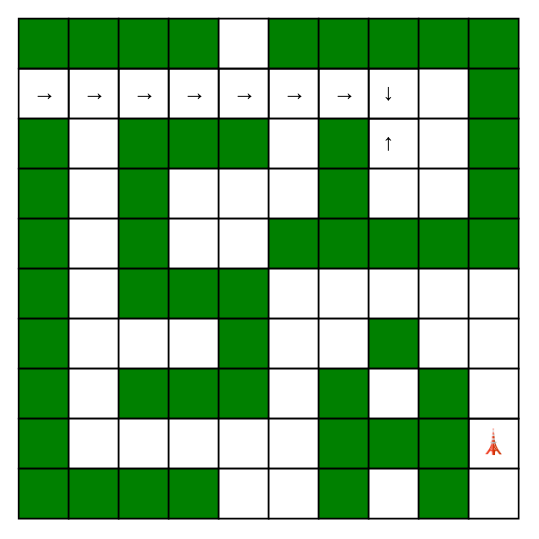
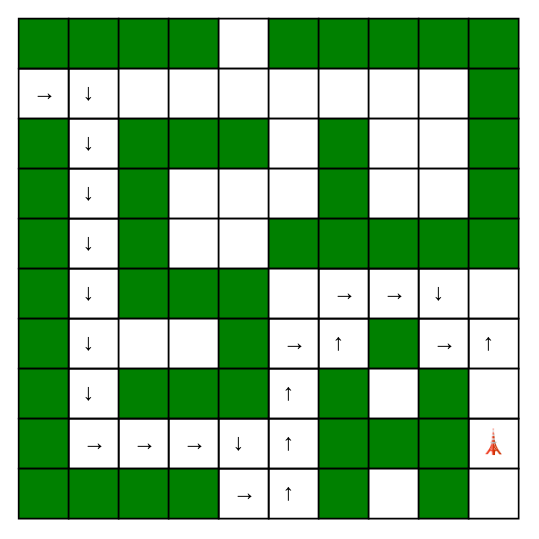
The diagram in tut/week10/images/HtmlMaze_0052.dot (Changyue-Tan/COMP9024), drawn with Graphviz before and after one commit. The commit also changed 342 other files, not shown here.

```diff
--- a/tut/week10/images/HtmlMaze_0052.dot
+++ b/tut/week10/images/HtmlMaze_0052.dot
@@ -1,126 +1,126 @@
 digraph maze { 
 Maze [shape=none, margin=0, label=< 
 <table border="0" cellborder="1" cellspacing="0" cellpadding="0"> 
 <tr> 
 <td width="30" height="30" bgcolor="green"></td> 
 <td width="30" height="30" bgcolor="green"></td> 
 <td width="30" height="30" bgcolor="green"></td> 
 <td width="30" height="30" bgcolor="green"></td> 
 <td width="30" height="30" bgcolor="white"></td> 
 <td width="30" height="30" bgcolor="green"></td> 
 <td width="30" height="30" bgcolor="green"></td> 
 <td width="30" height="30" bgcolor="green"></td> 
 <td width="30" height="30" bgcolor="green"></td> 
 <td width="30" height="30" bgcolor="green"></td> 
 </tr> 
 <tr> 
 <td width="30" height="30">&#x2192;</td> 
-<td width="30" height="30">&#x2192;</td> 
-<td width="30" height="30">&#x2192;</td> 
-<td width="30" height="30">&#x2192;</td> 
-<td width="30" height="30">&#x2192;</td> 
-<td width="30" height="30">&#x2192;</td> 
-<td width="30" height="30">&#x2192;</td> 
 <td width="30" height="30">&#x2193;</td> 
+<td width="30" height="30" bgcolor="white"></td> 
+<td width="30" height="30" bgcolor="white"></td> 
+<td width="30" height="30" bgcolor="white"></td> 
+<td width="30" height="30" bgcolor="white"></td> 
+<td width="30" height="30" bgcolor="white"></td> 
+<td width="30" height="30" bgcolor="white"></td> 
 <td width="30" height="30" bgcolor="white"></td> 
 <td width="30" height="30" bgcolor="green"></td> 
 </tr> 
 <tr> 
 <td width="30" height="30" bgcolor="green"></td> 
-<td width="30" height="30" bgcolor="white"></td> 
+<td width="30" height="30">&#x2193;</td> 
 <td width="30" height="30" bgcolor="green"></td> 
 <td width="30" height="30" bgcolor="green"></td> 
 <td width="30" height="30" bgcolor="green"></td> 
 <td width="30" height="30" bgcolor="white"></td> 
 <td width="30" height="30" bgcolor="green"></td> 
-<td width="30" height="30">&#x2191;</td> 
+<td width="30" height="30" bgcolor="white"></td> 
 <td width="30" height="30" bgcolor="white"></td> 
 <td width="30" height="30" bgcolor="green"></td> 
 </tr> 
 <tr> 
 <td width="30" height="30" bgcolor="green"></td> 
-<td width="30" height="30" bgcolor="white"></td> 
+<td width="30" height="30">&#x2193;</td> 
 <td width="30" height="30" bgcolor="green"></td> 
 <td width="30" height="30" bgcolor="white"></td> 
 <td width="30" height="30" bgcolor="white"></td> 
 <td width="30" height="30" bgcolor="white"></td> 
 <td width="30" height="30" bgcolor="green"></td> 
 <td width="30" height="30" bgcolor="white"></td> 
 <td width="30" height="30" bgcolor="white"></td> 
 <td width="30" height="30" bgcolor="green"></td> 
 </tr> 
 <tr> 
 <td width="30" height="30" bgcolor="green"></td> 
-<td width="30" height="30" bgcolor="white"></td> 
+<td width="30" height="30">&#x2193;</td> 
 <td width="30" height="30" bgcolor="green"></td> 
 <td width="30" height="30" bgcolor="white"></td> 
 <td width="30" height="30" bgcolor="white"></td> 
 <td width="30" height="30" bgcolor="green"></td> 
 <td width="30" height="30" bgcolor="green"></td> 
 <td width="30" height="30" bgcolor="green"></td> 
 <td width="30" height="30" bgcolor="green"></td> 
 <td width="30" height="30" bgcolor="green"></td> 
 </tr> 
 <tr> 
 <td width="30" height="30" bgcolor="green"></td> 
-<td width="30" height="30" bgcolor="white"></td> 
+<td width="30" height="30">&#x2193;</td> 
 <td width="30" height="30" bgcolor="green"></td> 
 <td width="30" height="30" bgcolor="green"></td> 
 <td width="30" height="30" bgcolor="green"></td> 
 <td width="30" height="30" bgcolor="white"></td> 
-<td width="30" height="30" bgcolor="white"></td> 
-<td width="30" height="30" bgcolor="white"></td> 
-<td width="30" height="30" bgcolor="white"></td> 
+<td width="30" height="30">&#x2192;</td> 
+<td width="30" height="30">&#x2192;</td> 
+<td width="30" height="30">&#x2193;</td> 
 <td width="30" height="30" bgcolor="white"></td> 
 </tr> 
 <tr> 
 <td width="30" height="30" bgcolor="green"></td> 
-<td width="30" height="30" bgcolor="white"></td> 
+<td width="30" height="30">&#x2193;</td> 
 <td width="30" height="30" bgcolor="white"></td> 
 <td width="30" height="30" bgcolor="white"></td> 
 <td width="30" height="30" bgcolor="green"></td> 
-<td width="30" height="30" bgcolor="white"></td> 
-<td width="30" height="30" bgcolor="white"></td> 
+<td width="30" height="30">&#x2192;</td> 
+<td width="30" height="30">&#x2191;</td> 
 <td width="30" height="30" bgcolor="green"></td> 
-<td width="30" height="30" bgcolor="white"></td> 
-<td width="30" height="30" bgcolor="white"></td> 
+<td width="30" height="30">&#x2192;</td> 
+<td width="30" height="30">&#x2191;</td> 
 </tr> 
 <tr> 
 <td width="30" height="30" bgcolor="green"></td> 
-<td width="30" height="30" bgcolor="white"></td> 
+<td width="30" height="30">&#x2193;</td> 
 <td width="30" height="30" bgcolor="green"></td> 
 <td width="30" height="30" bgcolor="green"></td> 
 <td width="30" height="30" bgcolor="green"></td> 
-<td width="30" height="30" bgcolor="white"></td> 
+<td width="30" height="30">&#x2191;</td> 
 <td width="30" height="30" bgcolor="green"></td> 
 <td width="30" height="30" bgcolor="white"></td> 
 <td width="30" height="30" bgcolor="green"></td> 
 <td width="30" height="30" bgcolor="white"></td> 
 </tr> 
 <tr> 
 <td width="30" height="30" bgcolor="green"></td> 
-<td width="30" height="30" bgcolor="white"></td> 
-<td width="30" height="30" bgcolor="white"></td> 
-<td width="30" height="30" bgcolor="white"></td> 
-<td width="30" height="30" bgcolor="white"></td> 
-<td width="30" height="30" bgcolor="white"></td> 
+<td width="30" height="30">&#x2192;</td> 
+<td width="30" height="30">&#x2192;</td> 
+<td width="30" height="30">&#x2192;</td> 
+<td width="30" height="30">&#x2193;</td> 
+<td width="30" height="30">&#x2191;</td> 
 <td width="30" height="30" bgcolor="green"></td> 
 <td width="30" height="30" bgcolor="green"></td> 
 <td width="30" height="30" bgcolor="green"></td> 
 <td width="30" height="30">&#128508;</td> 
 </tr> 
 <tr> 
 <td width="30" height="30" bgcolor="green"></td> 
 <td width="30" height="30" bgcolor="green"></td> 
 <td width="30" height="30" bgcolor="green"></td> 
 <td width="30" height="30" bgcolor="green"></td> 
-<td width="30" height="30" bgcolor="white"></td> 
-<td width="30" height="30" bgcolor="white"></td> 
+<td width="30" height="30">&#x2192;</td> 
+<td width="30" height="30">&#x2191;</td> 
 <td width="30" height="30" bgcolor="green"></td> 
 <td width="30" height="30" bgcolor="white"></td> 
 <td width="30" height="30" bgcolor="green"></td> 
 <td width="30" height="30" bgcolor="white"></td> 
 </tr> 
 </table> 
   >]; 
 } 
```
